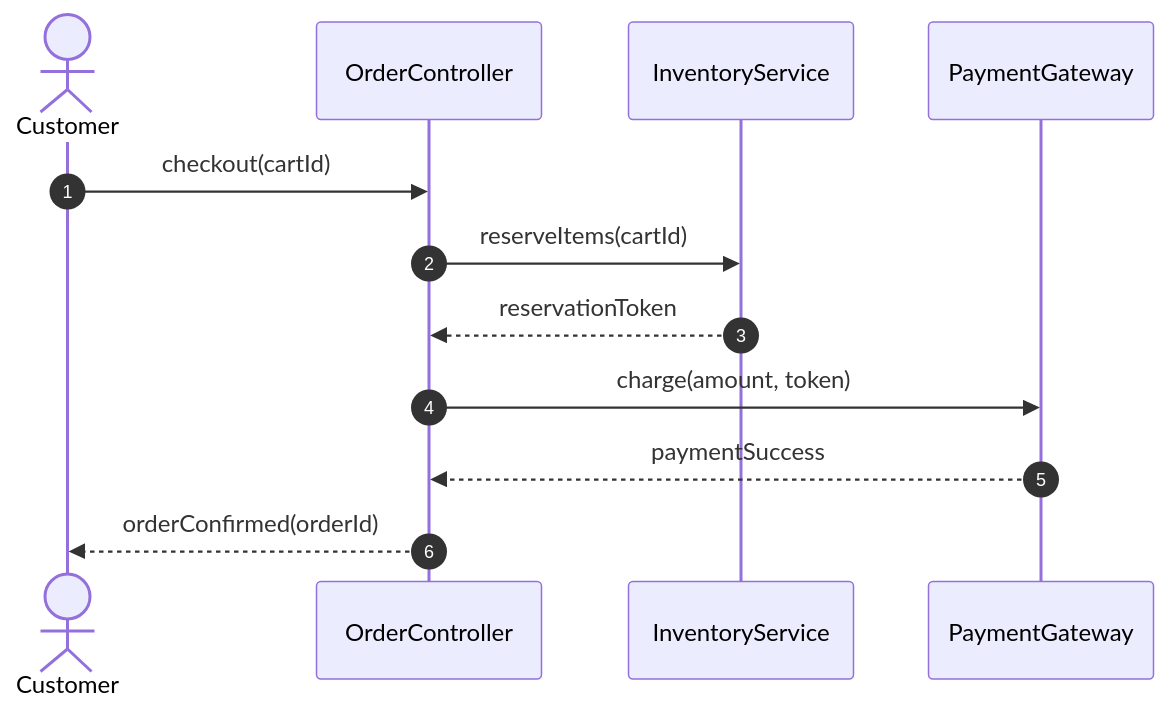
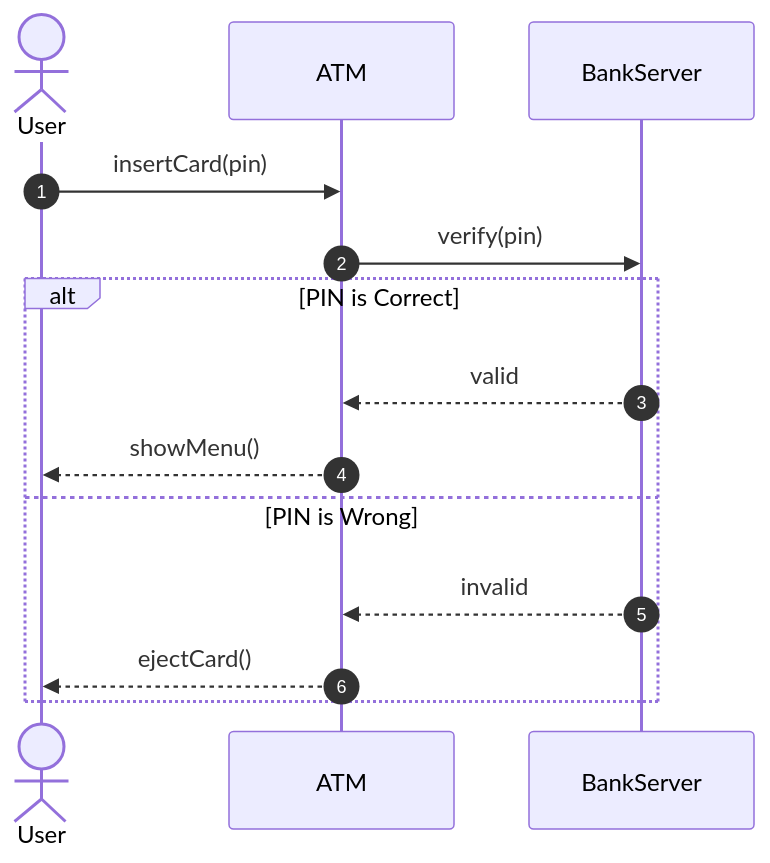
Before and after one commit to Sujalkathait/low-level-design-: the third of 3 diagrams in 03-UML-AND-MODELING/README.md, drawn with Mermaid. The commit also changed other lines of this file and 4 other files, not shown here.

````diff
--- a/03-UML-AND-MODELING/README.md
+++ b/03-UML-AND-MODELING/README.md
@@ -75,15 +241,18 @@
 ```mermaid
 sequenceDiagram
     autonumber
-    actor Customer
-    participant OrderController
-    participant InventoryService
-    participant PaymentGateway
+    actor User
+    participant ATM
+    participant BankServer
 
-    Customer->>OrderController: checkout(cartId)
-    OrderController->>InventoryService: reserveItems(cartId)
-    InventoryService-->>OrderController: reservationToken
-    OrderController->>PaymentGateway: charge(amount, token)
-    PaymentGateway-->>OrderController: paymentSuccess
-    OrderController-->>Customer: orderConfirmed(orderId)
+    User->>ATM: insertCard(pin)
+    ATM->>BankServer: verify(pin)
+    
+    alt PIN is Correct
+        BankServer-->>ATM: valid
+        ATM-->>User: showMenu()
+    else PIN is Wrong
+        BankServer-->>ATM: invalid
+        ATM-->>User: ejectCard()
+    end
 ```
````
